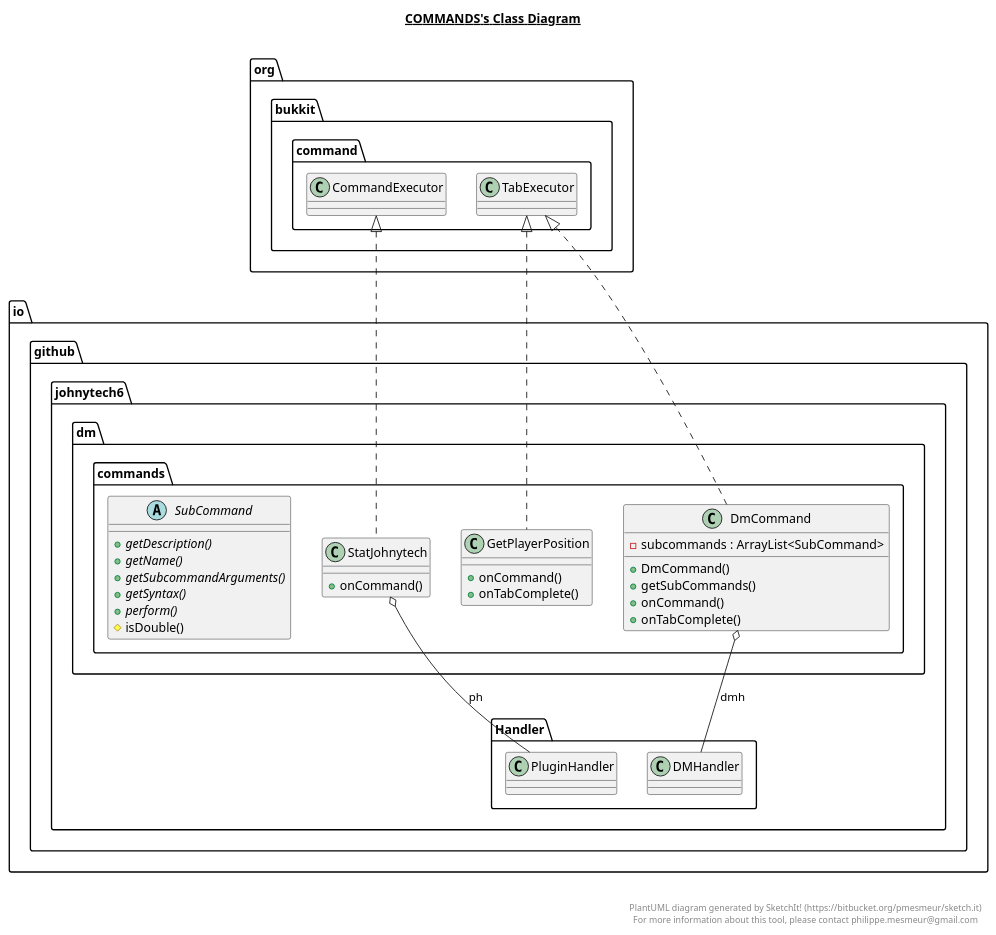
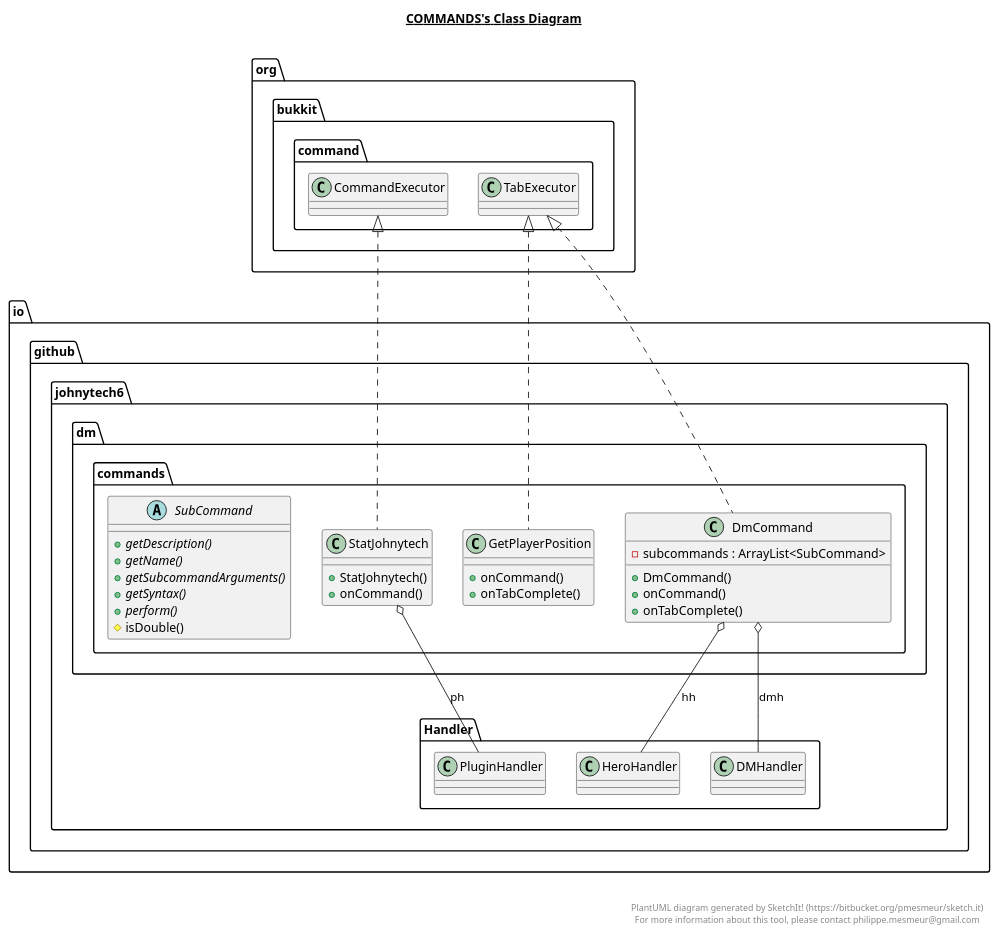
One commit to Jean-Lamarre/Johnytech6s_Plugin changed the diagram in src/main/java/io/github/johnytech6/dm/commands/commands.plantuml. Above: the diagram before and after it, drawn with PlantUML. The commit also changed 42 other files, not shown here.

```diff
--- a/src/main/java/io/github/johnytech6/dm/commands/commands.plantuml
+++ b/src/main/java/io/github/johnytech6/dm/commands/commands.plantuml
@@ -1,73 +1,74 @@
 @startuml
 
 title __COMMANDS's Class Diagram__\n
 
   namespace io.github.johnytech6 {
     namespace dm {
       namespace commands {
         class io.github.johnytech6.dm.commands.DmCommand {
             - subcommands : ArrayList<SubCommand>
             + DmCommand()
-            + getSubCommands()
             + onCommand()
             + onTabComplete()
         }
       }
     }
   }
   
 
   namespace io.github.johnytech6 {
     namespace dm {
       namespace commands {
         class io.github.johnytech6.dm.commands.GetPlayerPosition {
             + onCommand()
             + onTabComplete()
         }
       }
     }
   }
   
 
   namespace io.github.johnytech6 {
     namespace dm {
       namespace commands {
         class io.github.johnytech6.dm.commands.StatJohnytech {
+            + StatJohnytech()
             + onCommand()
         }
       }
     }
   }
   
 
   namespace io.github.johnytech6 {
     namespace dm {
       namespace commands {
         abstract class io.github.johnytech6.dm.commands.SubCommand {
             {abstract} + getDescription()
             {abstract} + getName()
             {abstract} + getSubcommandArguments()
             {abstract} + getSyntax()
             {abstract} + perform()
             # isDouble()
         }
       }
     }
   }
   
 
   io.github.johnytech6.dm.commands.DmCommand .up.|> org.bukkit.command.TabExecutor
   io.github.johnytech6.dm.commands.DmCommand o-- io.github.johnytech6.Handler.DMHandler : dmh
+  io.github.johnytech6.dm.commands.DmCommand o-- io.github.johnytech6.Handler.HeroHandler : hh
   io.github.johnytech6.dm.commands.GetPlayerPosition .up.|> org.bukkit.command.TabExecutor
   io.github.johnytech6.dm.commands.StatJohnytech .up.|> org.bukkit.command.CommandExecutor
   io.github.johnytech6.dm.commands.StatJohnytech o-- io.github.johnytech6.Handler.PluginHandler : ph
 
 
 right footer
 
 
 PlantUML diagram generated by SketchIt! (https://bitbucket.org/pmesmeur/sketch.it)
 For more information about this tool, please contact philippe.mesmeur@gmail.com
 endfooter
 
 @enduml
```
